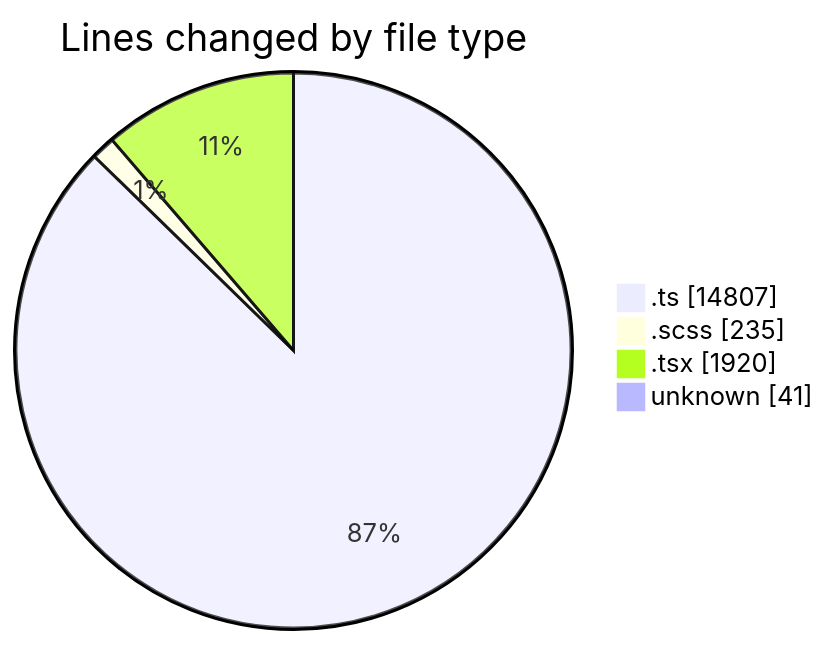
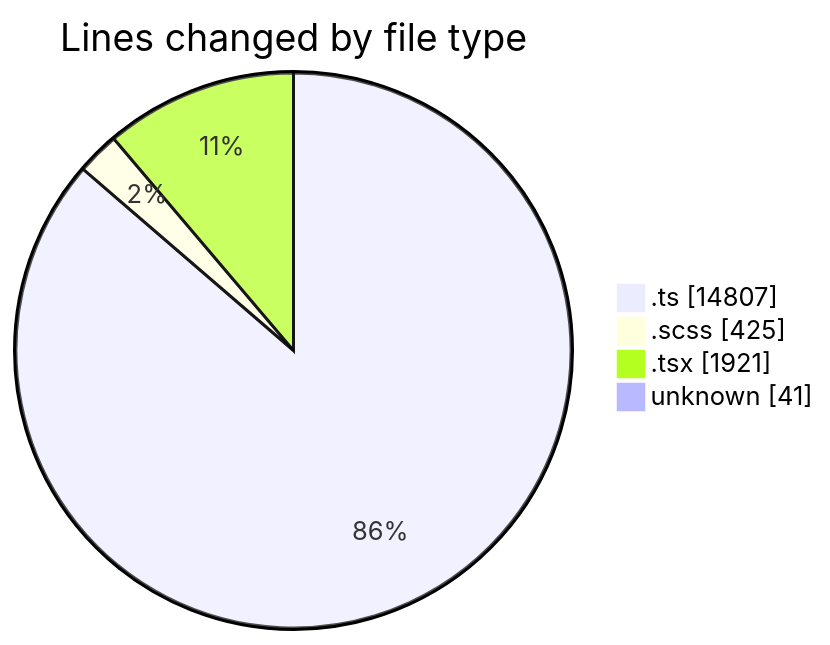
One commit to momahboobian/code-tracking changed the first of 2 diagrams in 2025-08-27/cda/README.md. Above: the diagram before and after it, drawn with Mermaid. The commit also changed other lines of this file and 1 other file, not shown here.

````diff
--- a/2025-08-27/cda/README.md
+++ b/2025-08-27/cda/README.md
@@ -32,8 +33,8 @@
 ```mermaid
 pie showData
 title Lines changed by file type
 ".ts" : 14807
-".scss" : 235
-".tsx" : 1920
+".scss" : 425
+".tsx" : 1921
 "unknown" : 41
 ```
````
